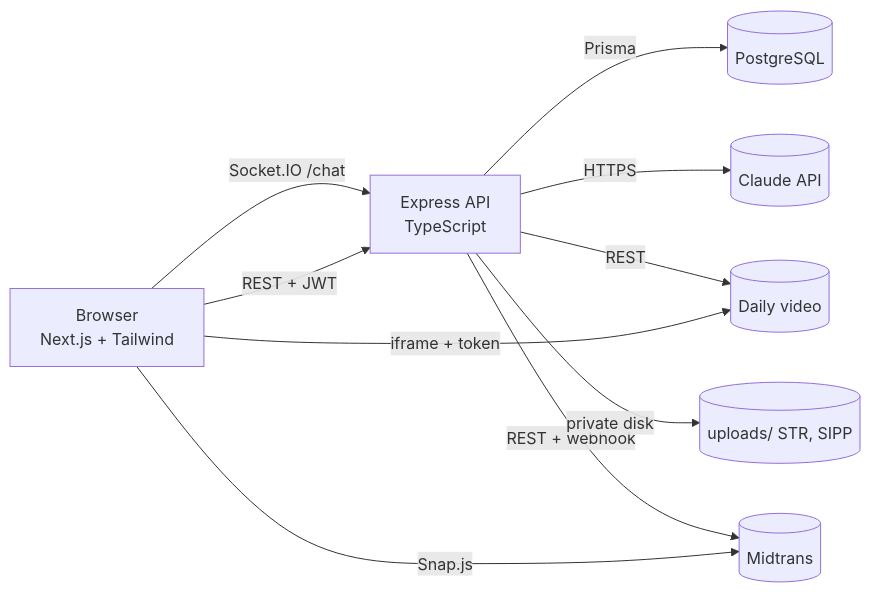
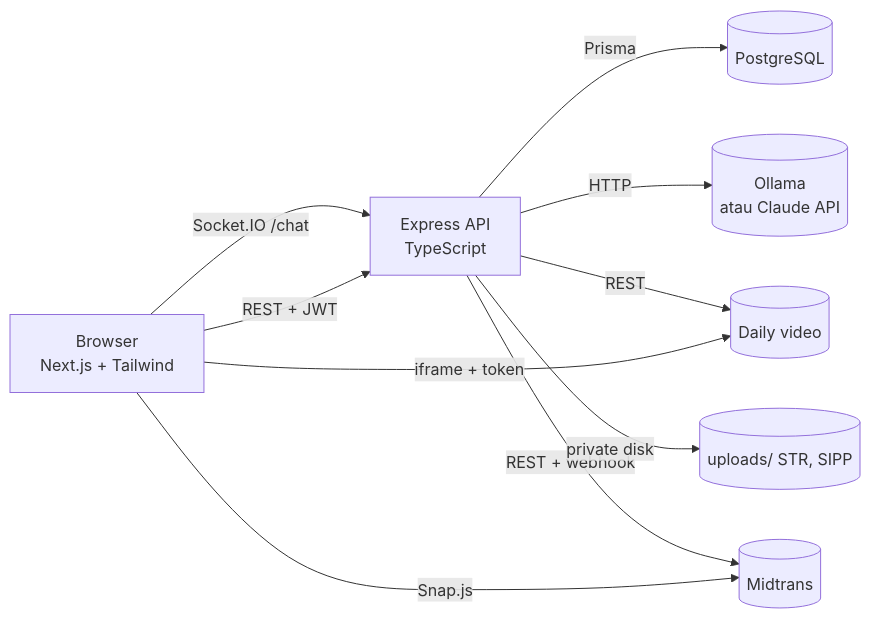
One commit to Viva-avv/psikolog-konsul changed the diagram in README.md. Above: the diagram before and after it, drawn with Mermaid. The commit also changed other lines of this file and 11 other files, not shown here.

````diff
--- a/README.md
+++ b/README.md
@@ -31,12 +31,12 @@
 ```mermaid
 flowchart LR
   B[Browser<br/>Next.js + Tailwind] -- REST + JWT --> API[Express API<br/>TypeScript]
   B -- Socket.IO /chat --> API
   B -- iframe + token --> Daily[(Daily video)]
   B -- Snap.js --> MT[(Midtrans)]
   API -- Prisma --> DB[(PostgreSQL)]
-  API -- HTTPS --> Claude[(Claude API)]
+  API -- HTTP --> LLM[(Ollama<br/>atau Claude API)]
   API -- REST --> Daily
   API -- REST + webhook --> MT
   API -- private disk --> FS[(uploads/ STR, SIPP)]
 ```
````
